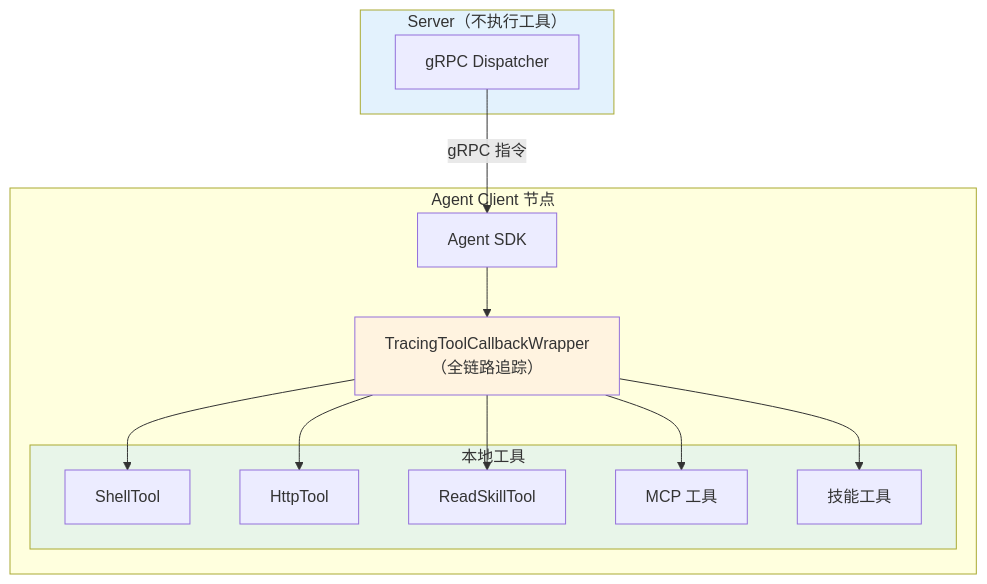
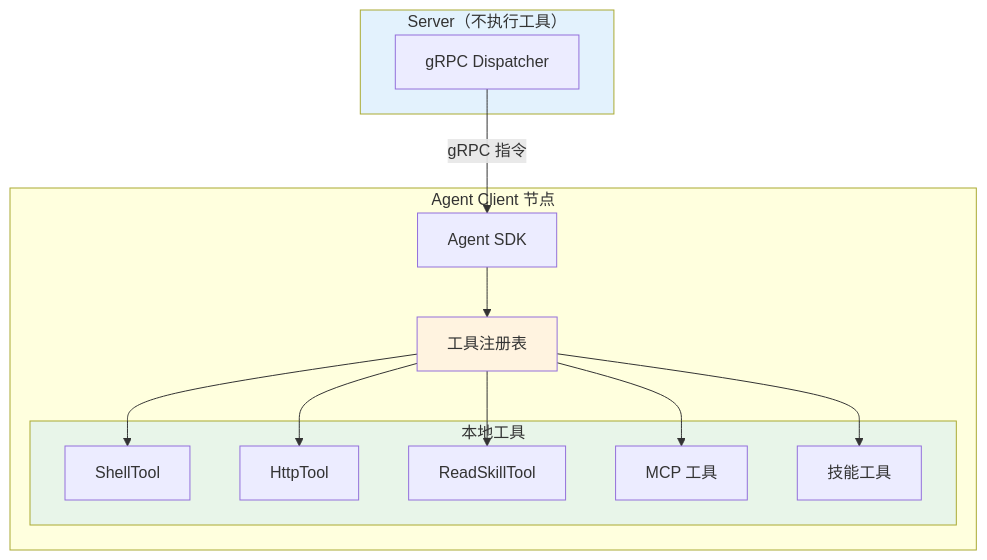
The first of 5 diagrams in docs/guide/client/tools.md (aizuda/snail-ai), drawn with Mermaid before and after one commit. The commit also changed other lines of this file and 41 other files, not shown here.

````diff
--- a/docs/guide/client/tools.md
+++ b/docs/guide/client/tools.md
@@ -13,30 +13,30 @@
 ```mermaid
 graph TB
     subgraph Server["Server（不执行工具）"]
         Dispatch[gRPC Dispatcher]
     end
 
     subgraph Client["Agent Client 节点"]
         SDK[Agent SDK]
         subgraph Tools["本地工具"]
             Shell[ShellTool]
             HTTP[HttpTool]
             Read[ReadSkillTool]
             MCP[MCP 工具]
             Skill[技能工具]
         end
-        Tracing["TracingToolCallbackWrapper<br/>（全链路追踪）"]
+        Registry["工具注册表"]
     end
 
     Dispatch -->|gRPC 指令| SDK
-    SDK --> Tracing
-    Tracing --> Shell
-    Tracing --> HTTP
-    Tracing --> Read
-    Tracing --> MCP
-    Tracing --> Skill
+    SDK --> Registry
+    Registry --> Shell
+    Registry --> HTTP
+    Registry --> Read
+    Registry --> MCP
+    Registry --> Skill
 
     style Server fill:#e3f2fd
     style Tools fill:#e8f5e9
-    style Tracing fill:#fff3e0
+    style Registry fill:#fff3e0
 ```
````
